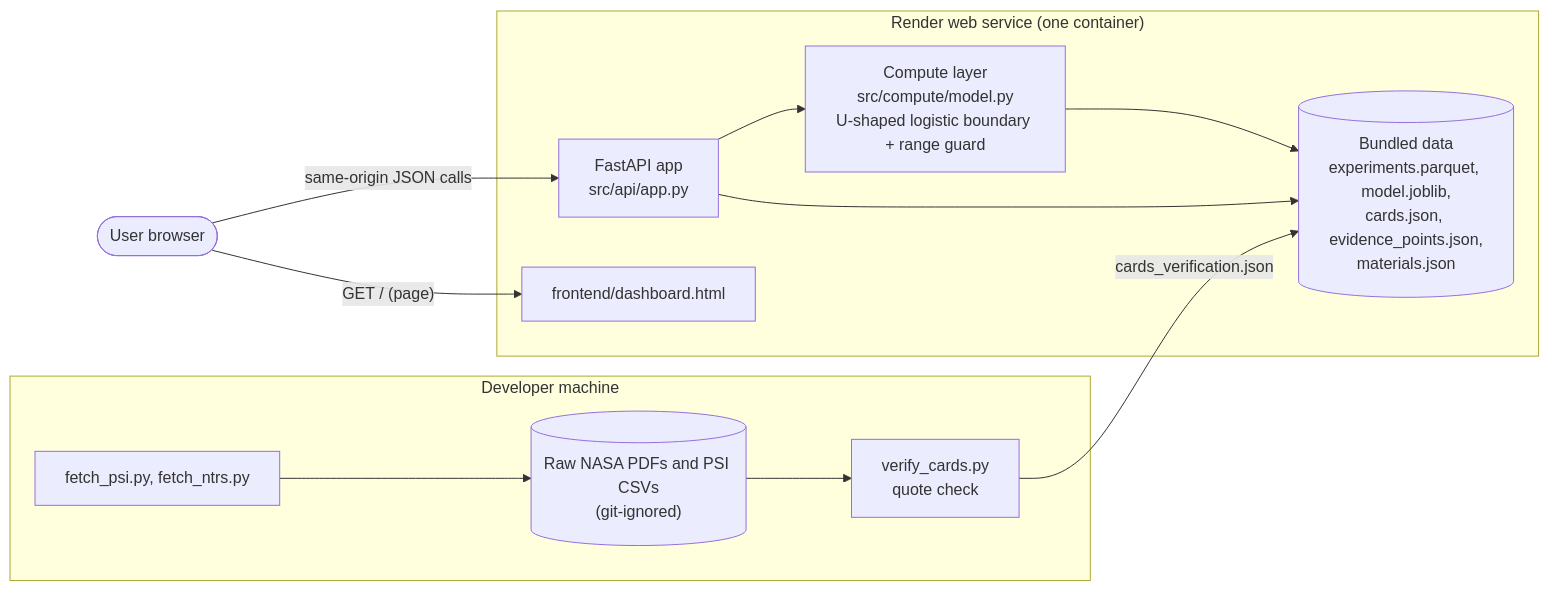
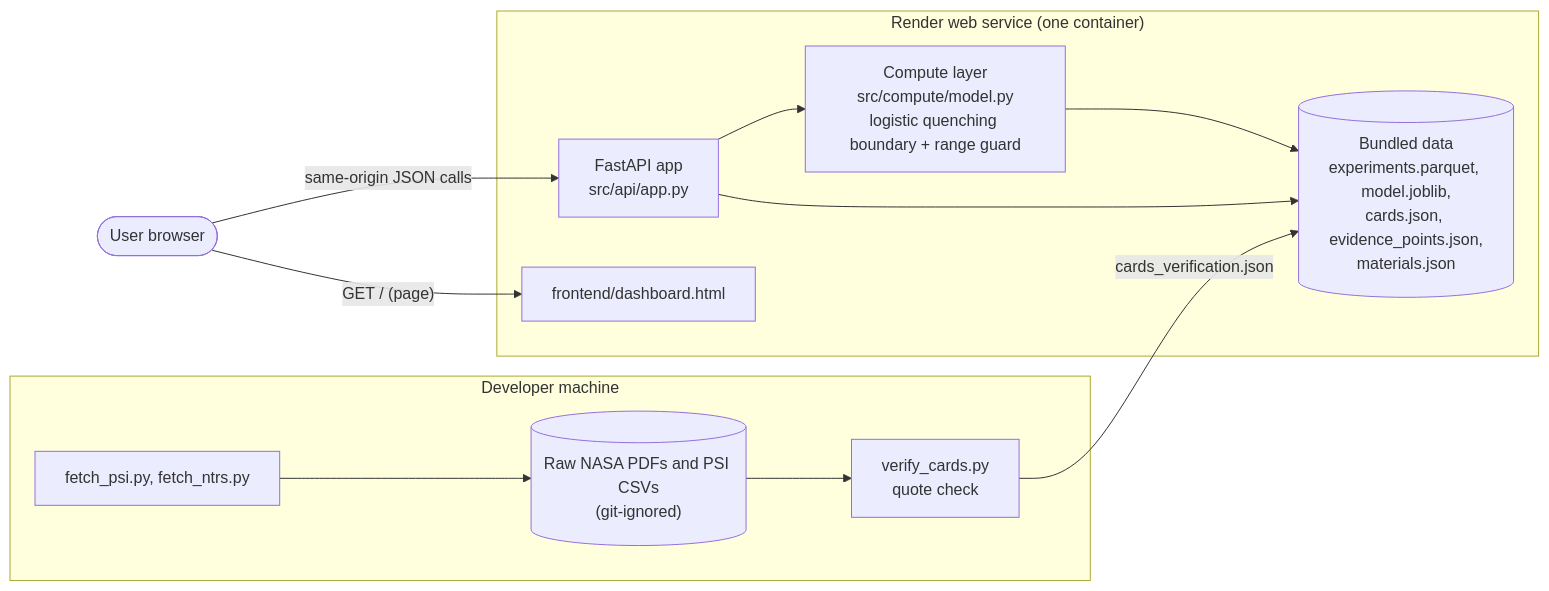
Before and after one commit to MahmudulHasanJoy/FlameAtlas: the first of 13 diagrams in docs/03-SDD.md, drawn with Mermaid. The commit also changed 17 other files, not shown here.

First line of the commit message:
Tune the boundary model by held-out testing: safer, catches more extinctions

````diff
--- a/docs/03-SDD.md
+++ b/docs/03-SDD.md
@@ -22,20 +22,20 @@
 ```mermaid
 flowchart LR
     browser(["User browser"])
     subgraph render["Render web service (one container)"]
         api["FastAPI app<br/>src/api/app.py"]
-        model["Compute layer<br/>src/compute/model.py<br/>U-shaped logistic boundary + range guard"]
+        model["Compute layer<br/>src/compute/model.py<br/>logistic quenching boundary + range guard"]
         page["frontend/dashboard.html"]
         files[("Bundled data<br/>experiments.parquet, model.joblib,<br/>cards.json, evidence_points.json,<br/>materials.json")]
     end
     subgraph dev["Developer machine"]
         fetch["fetch_psi.py, fetch_ntrs.py"]
         raw[("Raw NASA PDFs and PSI CSVs<br/>(git-ignored)")]
         verify["verify_cards.py<br/>quote check"]
     end
     browser -->|"GET / (page)"| page
     browser -->|"same-origin JSON calls"| api
     api --> model --> files
     api --> files
     fetch --> raw --> verify -->|cards_verification.json| files
 ```
````
